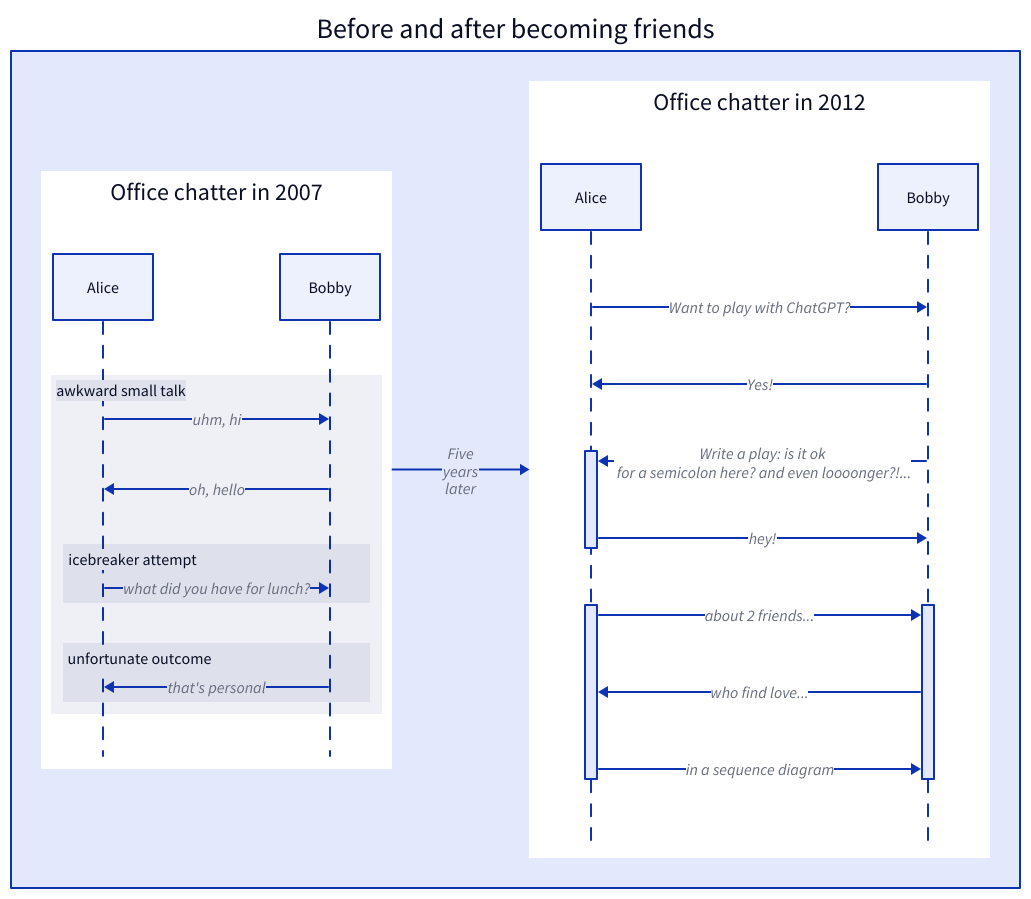
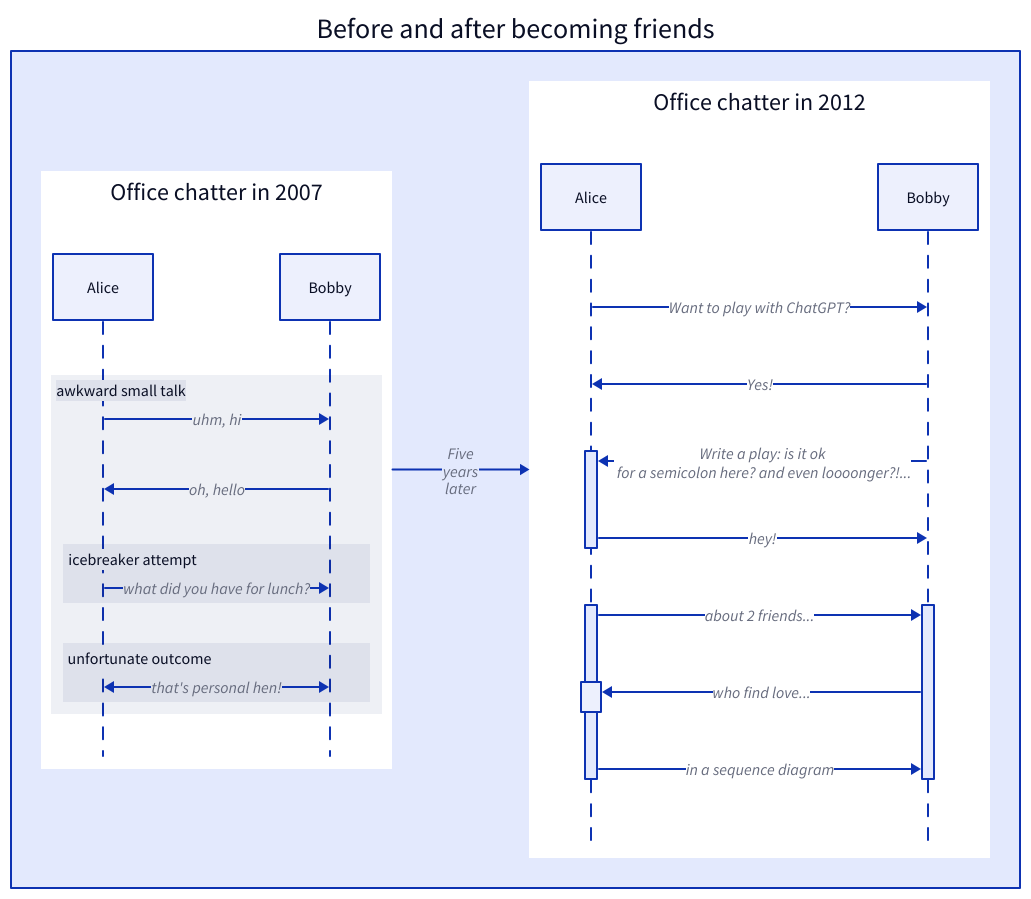
The diagram in d2-diagrams/input.d2 (bixycler/applets), drawn with D2 before and after one commit. The commit also changed 3 other files, not shown here.

```diff
--- a/d2-diagrams/input.d2
+++ b/d2-diagrams/input.d2
@@ -1,33 +1,33 @@
 direction: right
 Before and after becoming friends: {
   2007: Office chatter in 2007 {
     shape: sequence_diagram
     alice: Alice
     bob: Bobby
     awkward small talk: {
       alice -> bob: uhm, hi
       bob -> alice: oh, hello
       icebreaker attempt: {
         alice -> bob: what did you have for lunch?
       }
       unfortunate outcome: {
-        bob -> alice: that's personal
+        bob <------------> alice: that\'s personal hen!
       }
     }
   }
 
   2012: Office chatter in 2012 {
     shape: sequence_diagram
     alice: Alice
     bob: Bobby
     alice -> bob: Want to play with ChatGPT?
     bob -> alice: Yes!
     bob -> alice.play pre: Write a play: is it ok\n for a semicolon here? and even loooonger?!...
     alice.play pre -> bob: hey!
     alice.play -> bob.play: about 2 friends...
-    bob.play -> alice.play: who find love...
+    bob.play -> alice.play.again: who find love...
     alice.play -> bob.play: in a sequence diagram
   }
 
   2007 -> 2012: Five\nyears\nlater
 }
```
